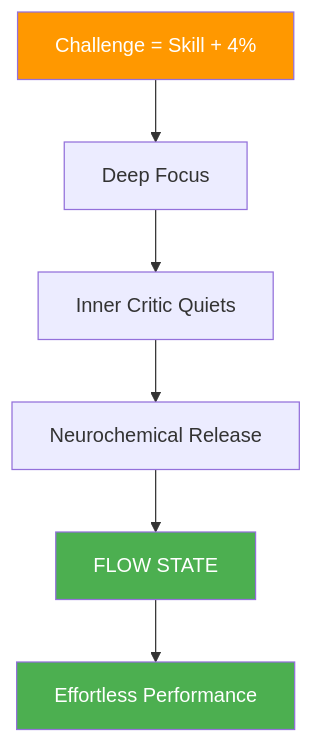
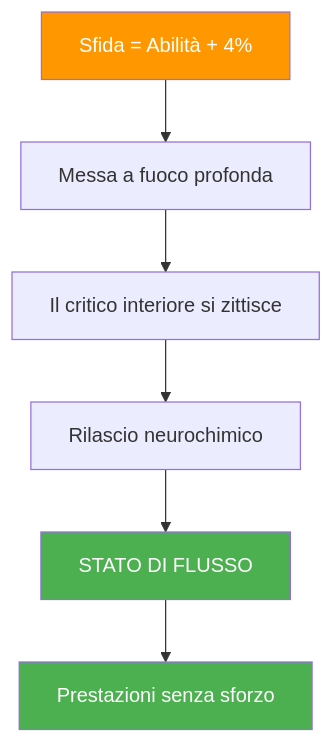
Before and after one commit to patwii/petanque-academy: the first of 2 diagrams in docs/it/articles/flow-state-science.md, drawn with Mermaid. The commit also changed other lines of this file and 550 other files, not shown here.

````diff
--- a/docs/it/articles/flow-state-science.md
+++ b/docs/it/articles/flow-state-science.md
@@ -22,12 +22,12 @@
 ```mermaid
 flowchart TD
-    A[Challenge = Skill + 4%] --> B[Deep Focus]
-    B --> C[Inner Critic Quiets]
-    C --> D[Neurochemical Release]
-    D --> E[FLOW STATE]
-    E --> F[Effortless Performance]
+    A[Sfida = Abilità + 4%] --> B[Messa a fuoco profonda]
+    B --> C[Il critico interiore si zittisce]
+    C --> D[Rilascio neurochimico]
+    D --> E[STATO DI FLUSSO]
+    E --> F[Prestazioni senza sforzo]
 
     style A fill:#FF9800,color:#fff
     style E fill:#4CAF50,color:#fff
     style F fill:#4CAF50,color:#fff
 ```
````
